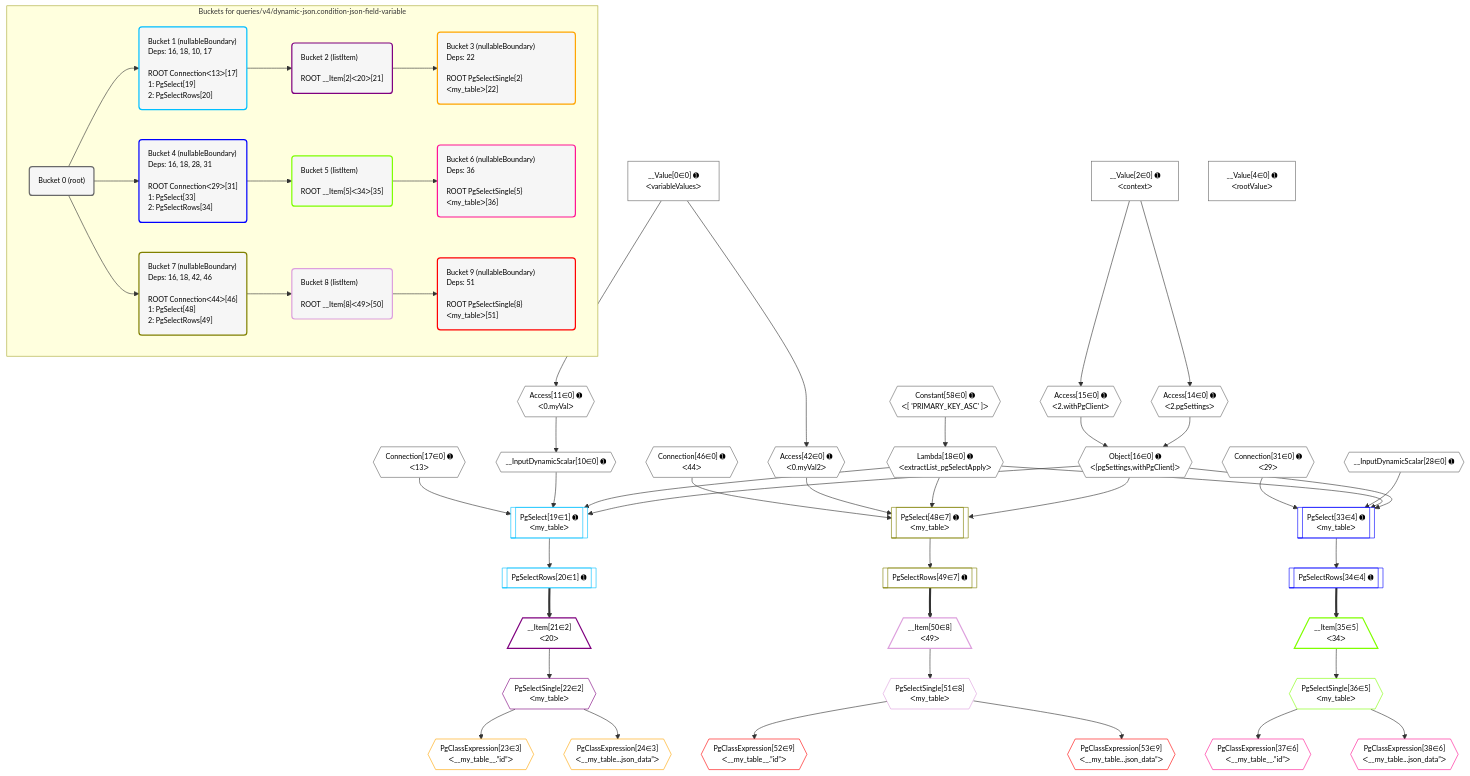
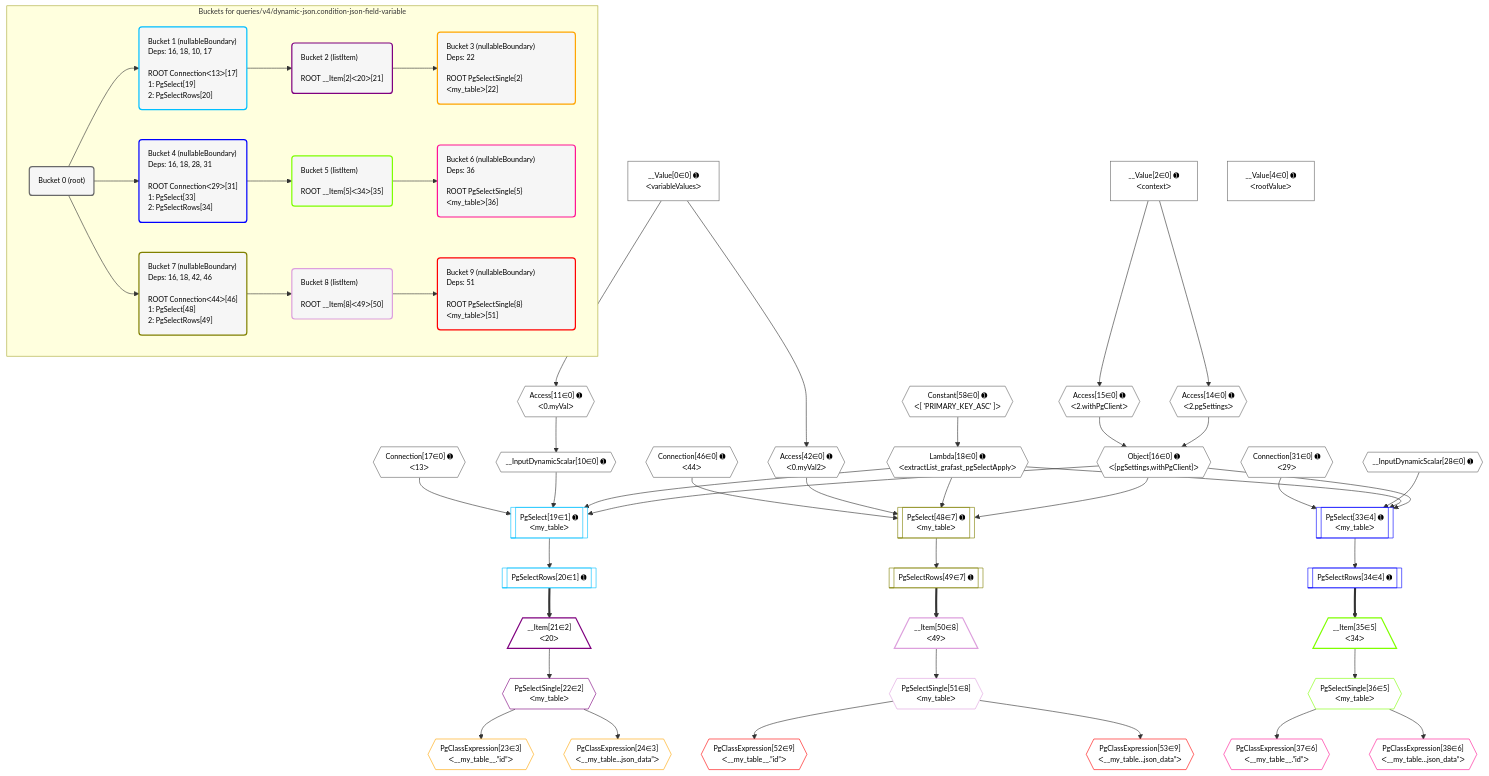
The diagram in postgraphile/postgraphile/__tests__/queries/v4/dynamic-json.condition-json-field-variable.mermaid (graphile/crystal), drawn with Mermaid before and after one commit. The commit also changed 161 other files, not shown here.

```diff
--- a/postgraphile/postgraphile/__tests__/queries/v4/dynamic-json.condition-json-field-variable.mermaid
+++ b/postgraphile/postgraphile/__tests__/queries/v4/dynamic-json.condition-json-field-variable.mermaid
@@ -1,111 +1,111 @@
 %%{init: {'themeVariables': { 'fontSize': '12px'}}}%%
 graph TD
     classDef path fill:#eee,stroke:#000,color:#000
     classDef plan fill:#fff,stroke-width:1px,color:#000
     classDef itemplan fill:#fff,stroke-width:2px,color:#000
     classDef unbatchedplan fill:#dff,stroke-width:1px,color:#000
     classDef sideeffectplan fill:#fcc,stroke-width:2px,color:#000
     classDef bucket fill:#f6f6f6,color:#000,stroke-width:2px,text-align:left
 
 
     %% plan dependencies
     Object16{{"Object[16∈0] ➊<br />ᐸ{pgSettings,withPgClient}ᐳ"}}:::plan
     Access14{{"Access[14∈0] ➊<br />ᐸ2.pgSettingsᐳ"}}:::plan
     Access15{{"Access[15∈0] ➊<br />ᐸ2.withPgClientᐳ"}}:::plan
     Access14 & Access15 --> Object16
     __InputDynamicScalar10{{"__InputDynamicScalar[10∈0] ➊"}}:::plan
     Access11{{"Access[11∈0] ➊<br />ᐸ0.myValᐳ"}}:::plan
     Access11 --> __InputDynamicScalar10
     __Value0["__Value[0∈0] ➊<br />ᐸvariableValuesᐳ"]:::plan
     __Value0 --> Access11
     __Value2["__Value[2∈0] ➊<br />ᐸcontextᐳ"]:::plan
     __Value2 --> Access14
     __Value2 --> Access15
-    Lambda18{{"Lambda[18∈0] ➊<br />ᐸextractList_pgSelectApplyᐳ"}}:::plan
+    Lambda18{{"Lambda[18∈0] ➊<br />ᐸextractList_grafast_pgSelectApplyᐳ"}}:::plan
     Constant58{{"Constant[58∈0] ➊<br />ᐸ[ 'PRIMARY_KEY_ASC' ]ᐳ"}}:::plan
     Constant58 --> Lambda18
     Access42{{"Access[42∈0] ➊<br />ᐸ0.myVal2ᐳ"}}:::plan
     __Value0 --> Access42
     __Value4["__Value[4∈0] ➊<br />ᐸrootValueᐳ"]:::plan
     Connection17{{"Connection[17∈0] ➊<br />ᐸ13ᐳ"}}:::plan
     __InputDynamicScalar28{{"__InputDynamicScalar[28∈0] ➊"}}:::plan
     Connection31{{"Connection[31∈0] ➊<br />ᐸ29ᐳ"}}:::plan
     Connection46{{"Connection[46∈0] ➊<br />ᐸ44ᐳ"}}:::plan
     PgSelect19[["PgSelect[19∈1] ➊<br />ᐸmy_tableᐳ"]]:::plan
     Object16 & Lambda18 & __InputDynamicScalar10 & Connection17 --> PgSelect19
     PgSelectRows20[["PgSelectRows[20∈1] ➊"]]:::plan
     PgSelect19 --> PgSelectRows20
     __Item21[/"__Item[21∈2]<br />ᐸ20ᐳ"\]:::itemplan
     PgSelectRows20 ==> __Item21
     PgSelectSingle22{{"PgSelectSingle[22∈2]<br />ᐸmy_tableᐳ"}}:::plan
     __Item21 --> PgSelectSingle22
     PgClassExpression23{{"PgClassExpression[23∈3]<br />ᐸ__my_table__.”id”ᐳ"}}:::plan
     PgSelectSingle22 --> PgClassExpression23
     PgClassExpression24{{"PgClassExpression[24∈3]<br />ᐸ__my_table...json_data”ᐳ"}}:::plan
     PgSelectSingle22 --> PgClassExpression24
     PgSelect33[["PgSelect[33∈4] ➊<br />ᐸmy_tableᐳ"]]:::plan
     Object16 & Lambda18 & __InputDynamicScalar28 & Connection31 --> PgSelect33
     PgSelectRows34[["PgSelectRows[34∈4] ➊"]]:::plan
     PgSelect33 --> PgSelectRows34
     __Item35[/"__Item[35∈5]<br />ᐸ34ᐳ"\]:::itemplan
     PgSelectRows34 ==> __Item35
     PgSelectSingle36{{"PgSelectSingle[36∈5]<br />ᐸmy_tableᐳ"}}:::plan
     __Item35 --> PgSelectSingle36
     PgClassExpression37{{"PgClassExpression[37∈6]<br />ᐸ__my_table__.”id”ᐳ"}}:::plan
     PgSelectSingle36 --> PgClassExpression37
     PgClassExpression38{{"PgClassExpression[38∈6]<br />ᐸ__my_table...json_data”ᐳ"}}:::plan
     PgSelectSingle36 --> PgClassExpression38
     PgSelect48[["PgSelect[48∈7] ➊<br />ᐸmy_tableᐳ"]]:::plan
     Object16 & Lambda18 & Access42 & Connection46 --> PgSelect48
     PgSelectRows49[["PgSelectRows[49∈7] ➊"]]:::plan
     PgSelect48 --> PgSelectRows49
     __Item50[/"__Item[50∈8]<br />ᐸ49ᐳ"\]:::itemplan
     PgSelectRows49 ==> __Item50
     PgSelectSingle51{{"PgSelectSingle[51∈8]<br />ᐸmy_tableᐳ"}}:::plan
     __Item50 --> PgSelectSingle51
     PgClassExpression52{{"PgClassExpression[52∈9]<br />ᐸ__my_table__.”id”ᐳ"}}:::plan
     PgSelectSingle51 --> PgClassExpression52
     PgClassExpression53{{"PgClassExpression[53∈9]<br />ᐸ__my_table...json_data”ᐳ"}}:::plan
     PgSelectSingle51 --> PgClassExpression53
 
     %% define steps
 
     subgraph "Buckets for queries/v4/dynamic-json.condition-json-field-variable"
     Bucket0("Bucket 0 (root)"):::bucket
     classDef bucket0 stroke:#696969
     class Bucket0,__Value0,__Value2,__Value4,__InputDynamicScalar10,Access11,Access14,Access15,Object16,Connection17,Lambda18,__InputDynamicScalar28,Connection31,Access42,Connection46,Constant58 bucket0
     Bucket1("Bucket 1 (nullableBoundary)<br />Deps: 16, 18, 10, 17<br /><br />ROOT Connectionᐸ13ᐳ[17]<br />1: PgSelect[19]<br />2: PgSelectRows[20]"):::bucket
     classDef bucket1 stroke:#00bfff
     class Bucket1,PgSelect19,PgSelectRows20 bucket1
     Bucket2("Bucket 2 (listItem)<br /><br />ROOT __Item{2}ᐸ20ᐳ[21]"):::bucket
     classDef bucket2 stroke:#7f007f
     class Bucket2,__Item21,PgSelectSingle22 bucket2
     Bucket3("Bucket 3 (nullableBoundary)<br />Deps: 22<br /><br />ROOT PgSelectSingle{2}ᐸmy_tableᐳ[22]"):::bucket
     classDef bucket3 stroke:#ffa500
     class Bucket3,PgClassExpression23,PgClassExpression24 bucket3
     Bucket4("Bucket 4 (nullableBoundary)<br />Deps: 16, 18, 28, 31<br /><br />ROOT Connectionᐸ29ᐳ[31]<br />1: PgSelect[33]<br />2: PgSelectRows[34]"):::bucket
     classDef bucket4 stroke:#0000ff
     class Bucket4,PgSelect33,PgSelectRows34 bucket4
     Bucket5("Bucket 5 (listItem)<br /><br />ROOT __Item{5}ᐸ34ᐳ[35]"):::bucket
     classDef bucket5 stroke:#7fff00
     class Bucket5,__Item35,PgSelectSingle36 bucket5
     Bucket6("Bucket 6 (nullableBoundary)<br />Deps: 36<br /><br />ROOT PgSelectSingle{5}ᐸmy_tableᐳ[36]"):::bucket
     classDef bucket6 stroke:#ff1493
     class Bucket6,PgClassExpression37,PgClassExpression38 bucket6
     Bucket7("Bucket 7 (nullableBoundary)<br />Deps: 16, 18, 42, 46<br /><br />ROOT Connectionᐸ44ᐳ[46]<br />1: PgSelect[48]<br />2: PgSelectRows[49]"):::bucket
     classDef bucket7 stroke:#808000
     class Bucket7,PgSelect48,PgSelectRows49 bucket7
     Bucket8("Bucket 8 (listItem)<br /><br />ROOT __Item{8}ᐸ49ᐳ[50]"):::bucket
     classDef bucket8 stroke:#dda0dd
     class Bucket8,__Item50,PgSelectSingle51 bucket8
     Bucket9("Bucket 9 (nullableBoundary)<br />Deps: 51<br /><br />ROOT PgSelectSingle{8}ᐸmy_tableᐳ[51]"):::bucket
     classDef bucket9 stroke:#ff0000
     class Bucket9,PgClassExpression52,PgClassExpression53 bucket9
     Bucket0 --> Bucket1 & Bucket4 & Bucket7
     Bucket1 --> Bucket2
     Bucket2 --> Bucket3
     Bucket4 --> Bucket5
     Bucket5 --> Bucket6
     Bucket7 --> Bucket8
     Bucket8 --> Bucket9
     end
```
